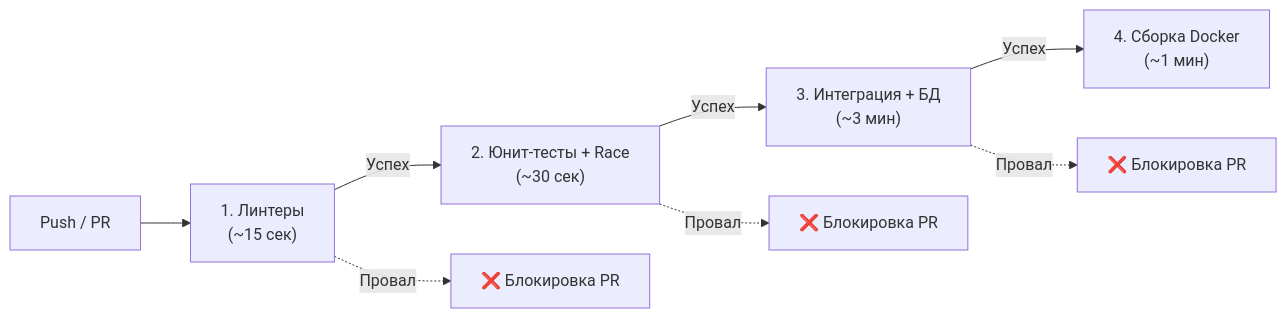
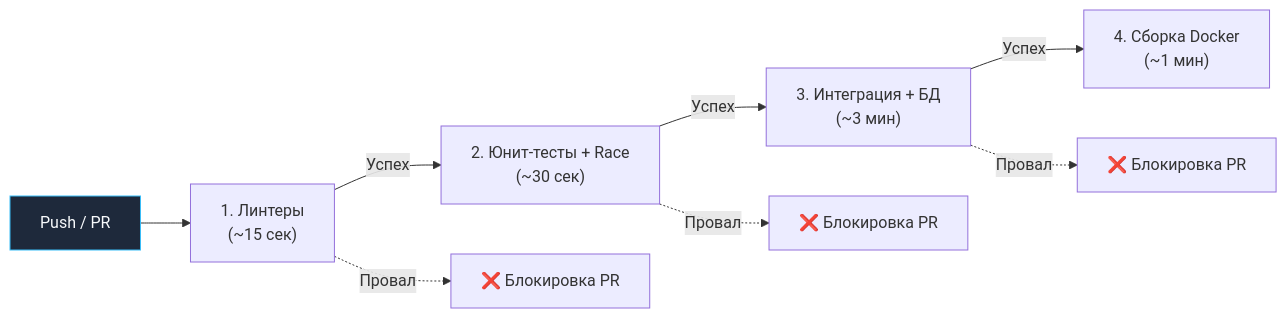
One commit to UnrealTemplier/go-textbook changed the diagram in sources/15. Тестирование в Go (QA & Testing)/10. Практика и CI/3. Тестирование в CI CD.md. Above: the diagram before and after it, drawn with Mermaid. The commit also changed 1666 other files, not shown here.

First line of the commit message:
feat(mermaid): add semantic color classDef to 1369 colorless flowchart/graph diagrams

````diff
--- a/sources/15. Тестирование в Go (QA & Testing)/10. Практика и CI/3. Тестирование в CI CD.md
+++ b/sources/15. Тестирование в Go (QA & Testing)/10. Практика и CI/3. Тестирование в CI CD.md
@@ -17,12 +17,22 @@
 ```mermaid
 flowchart LR
-    Commit["Push / PR"] --> Lint["1. Линтеры<br>(~15 сек)"]
+    classDef process  fill:#1e293b,stroke:#38bdf8,stroke-width:1px,color:#f8fafc
+    classDef success  fill:#064e3b,stroke:#34d399,stroke-width:1px,color:#f8fafc
+    classDef error    fill:#7f1d1d,stroke:#f87171,stroke-width:1px,color:#f8fafc
+    classDef warning  fill:#78350f,stroke:#fbbf24,stroke-width:1px,color:#f8fafc
+    classDef entry    fill:#1e3a5f,stroke:#38bdf8,stroke-width:2px,color:#f8fafc
+    classDef aux      fill:#334155,stroke:#64748b,stroke-width:1px,color:#f8fafc
+    classDef system   fill:#312e81,stroke:#a78bfa,stroke-width:1px,color:#f8fafc
+    classDef data     fill:#132d29,stroke:#2dd4bf,stroke-width:1px,color:#f8fafc
+    classDef network  fill:#881337,stroke:#fb7185,stroke-width:1px,color:#f8fafc
+    classDef accent   fill:#1e1b4b,stroke:#818cf8,stroke-width:1px,color:#f8fafc
+    Commit["Push / PR"]:::process --> Lint["1. Линтеры<br>(~15 сек)"]
     Lint -->|"Успех"| Unit["2. Юнит-тесты + Race<br>(~30 сек)"]
     Lint -.->|"Провал"| Stop1["❌ Блокировка PR"]
     
     Unit -->|"Успех"| Integr["3. Интеграция + БД<br>(~3 мин)"]
     Unit -.->|"Провал"| Stop2["❌ Блокировка PR"]
     
     Integr -->|"Успех"| Build["4. Сборка Docker<br>(~1 мин)"]
     Integr -.->|"Провал"| Stop3["❌ Блокировка PR"]
 ```
````
